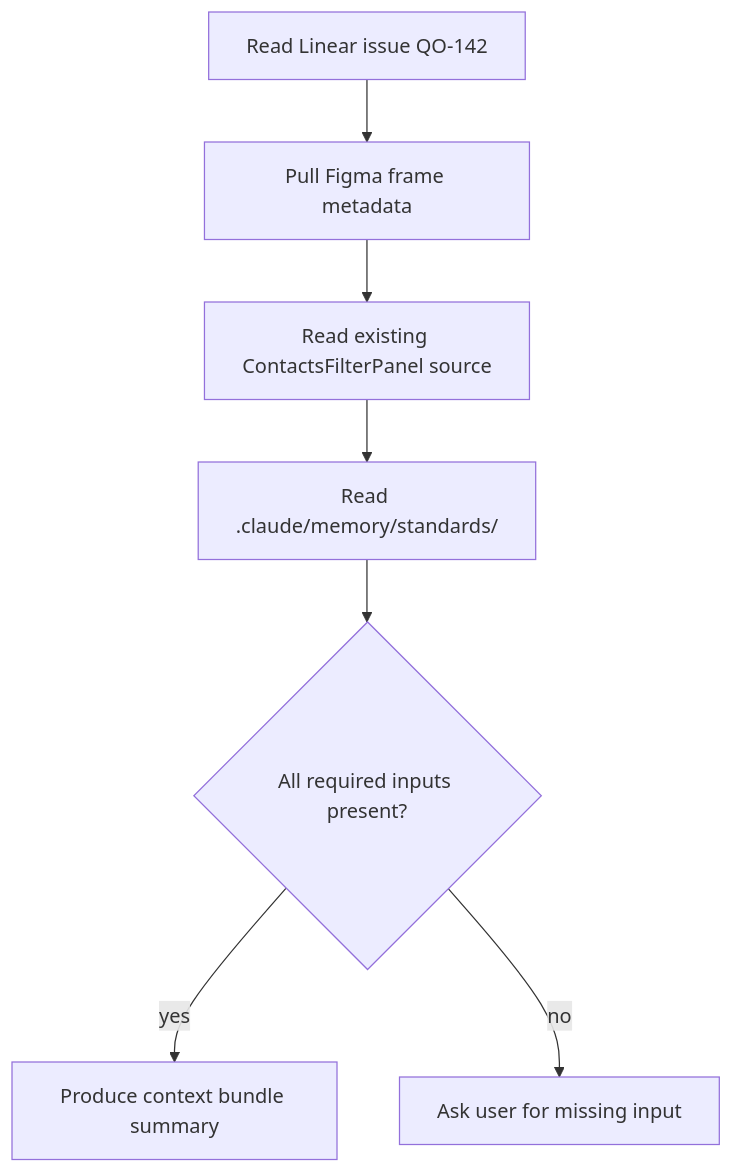
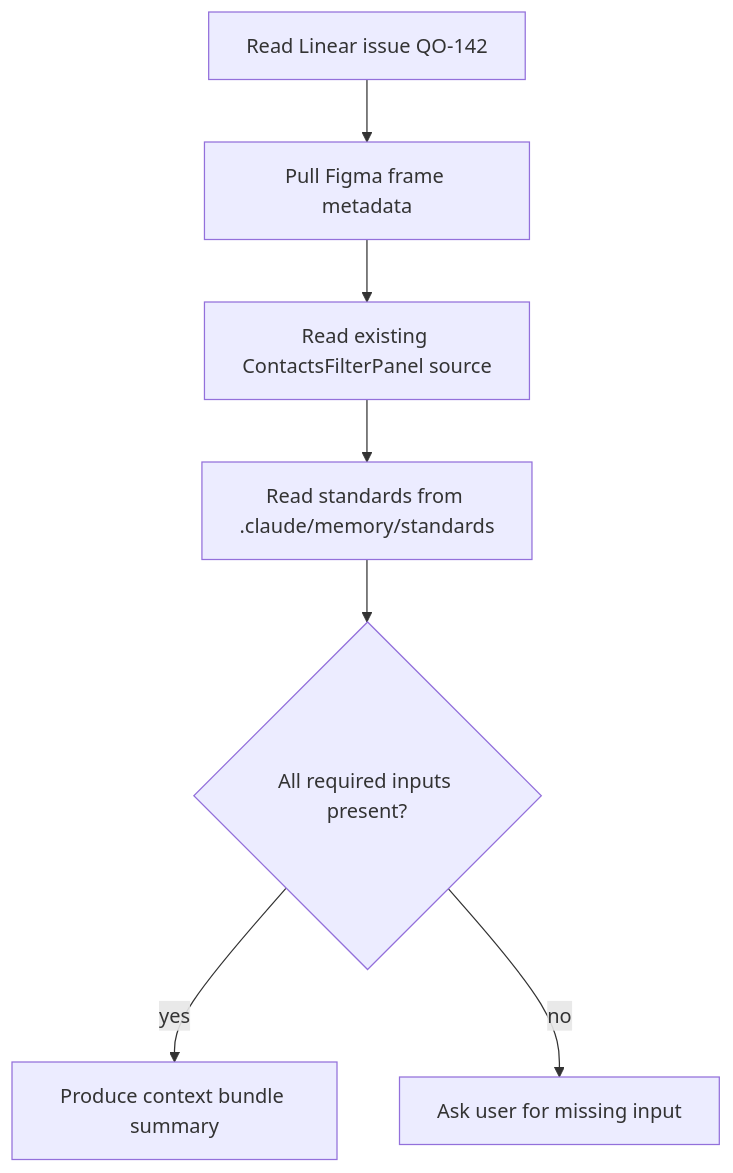
One commit to cos-QO/resonance changed the second of 7 diagrams in docs/workflow-simulation.md. Above: the diagram before and after it, drawn with Mermaid. The commit also changed other lines of this file, not shown here.

First line of the commit message:
docs: fix all Mermaid diagram syntax in workflow simulation

````diff
--- a/docs/workflow-simulation.md
+++ b/docs/workflow-simulation.md
@@ -81,9 +81,9 @@
 ```mermaid
 flowchart TD
     A[Read Linear issue QO-142] --> B[Pull Figma frame metadata]
     B --> C[Read existing ContactsFilterPanel source]
-    C --> D[Read .claude/memory/standards/]
+    C --> D["Read standards from .claude/memory/standards"]
     D --> E{All required inputs present?}
     E -- yes --> F[Produce context bundle summary]
     E -- no --> G[Ask user for missing input]
 ```
````
